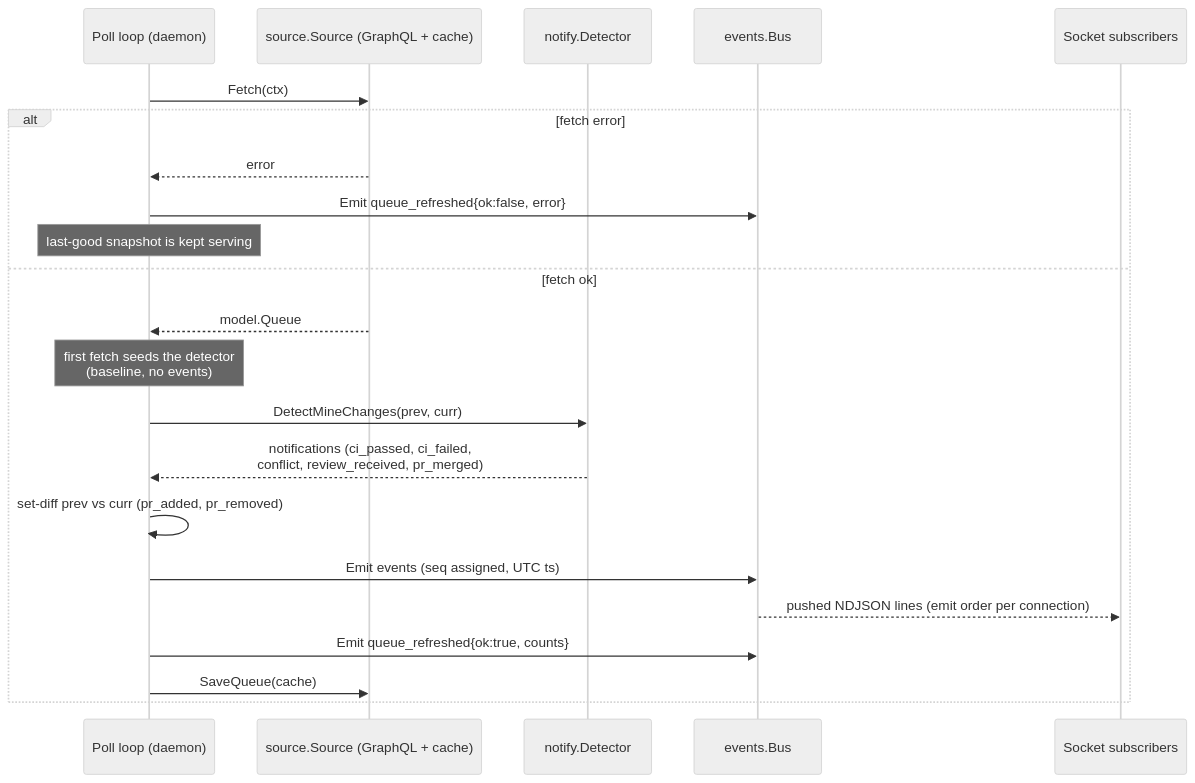
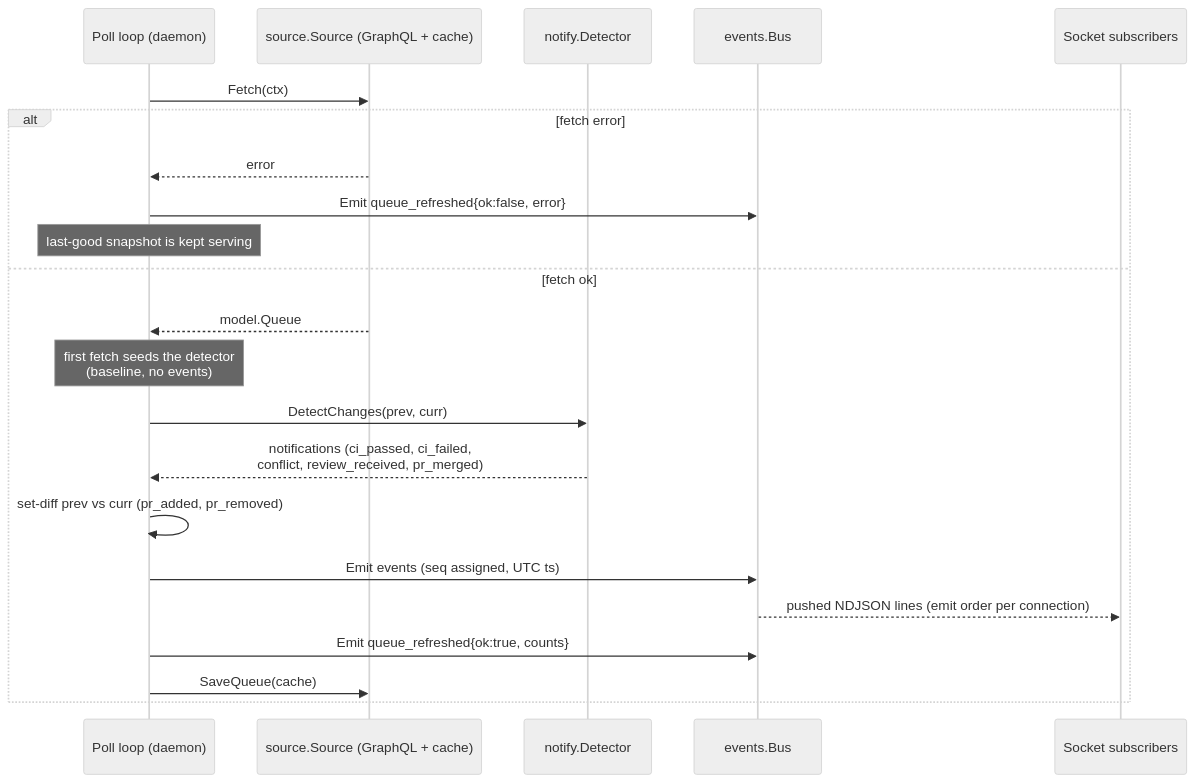
Before and after one commit to kalverra/pronto: the second of 2 diagrams in docs/architecture.md, drawn with Mermaid (neutral theme). The commit also changed other lines of this file and 27 other files, not shown here.

````diff
--- a/docs/architecture.md
+++ b/docs/architecture.md
@@ -136,25 +138,25 @@
 ```mermaid
 sequenceDiagram
     participant L as Poll loop (daemon)
     participant S as source.Source (GraphQL + cache)
     participant D as notify.Detector
     participant B as events.Bus
     participant C as Socket subscribers
 
     L->>S: Fetch(ctx)
     alt fetch error
         S-->>L: error
         L->>B: Emit queue_refreshed{ok:false, error}
         Note over L: last-good snapshot is kept serving
     else fetch ok
         S-->>L: model.Queue
         Note over L: first fetch seeds the detector<br/>(baseline, no events)
-        L->>D: DetectMineChanges(prev, curr)
+        L->>D: DetectChanges(prev, curr)
         D-->>L: notifications (ci_passed, ci_failed,<br/>conflict, review_received, pr_merged)
         L->>L: set-diff prev vs curr (pr_added, pr_removed)
         L->>B: Emit events (seq assigned, UTC ts)
         B-->>C: pushed NDJSON lines (emit order per connection)
         L->>B: Emit queue_refreshed{ok:true, counts}
         L->>S: SaveQueue(cache)
     end
 ```
````
